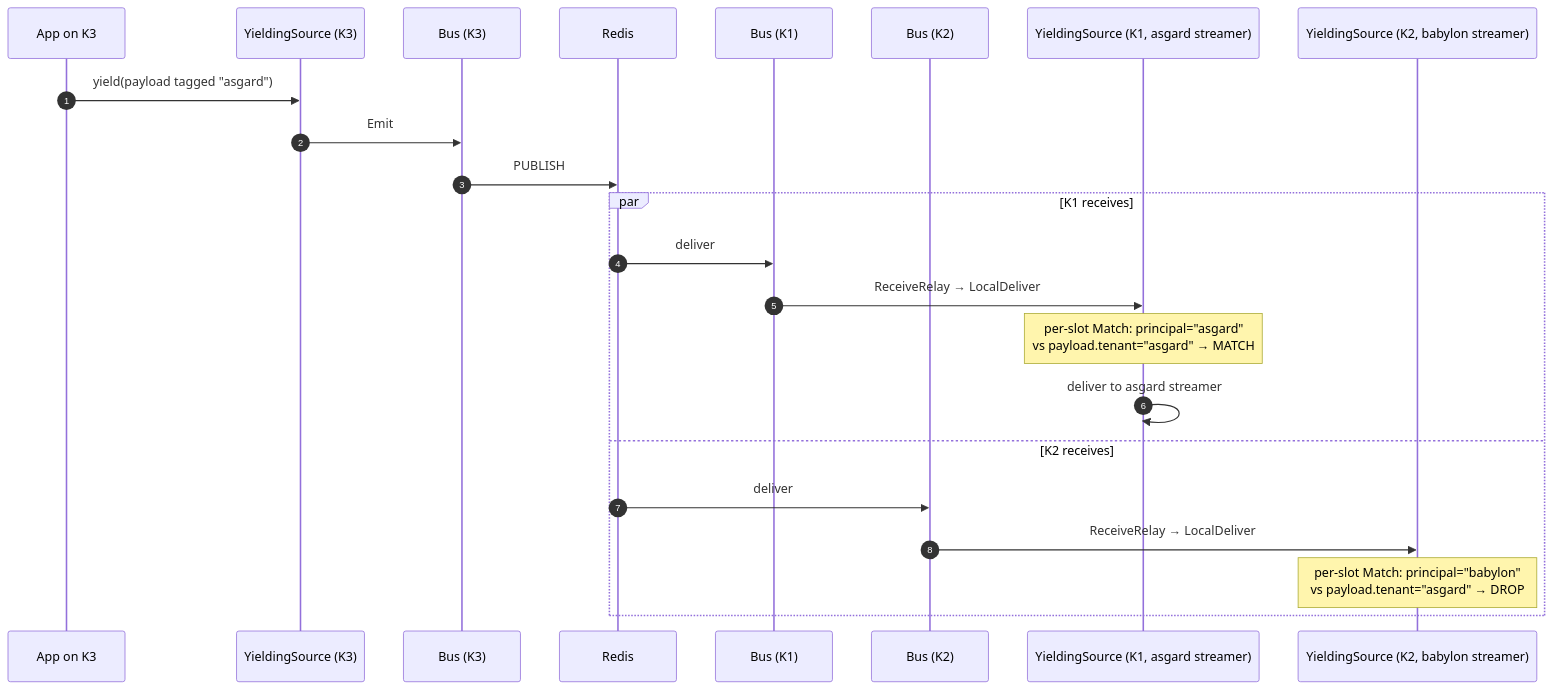
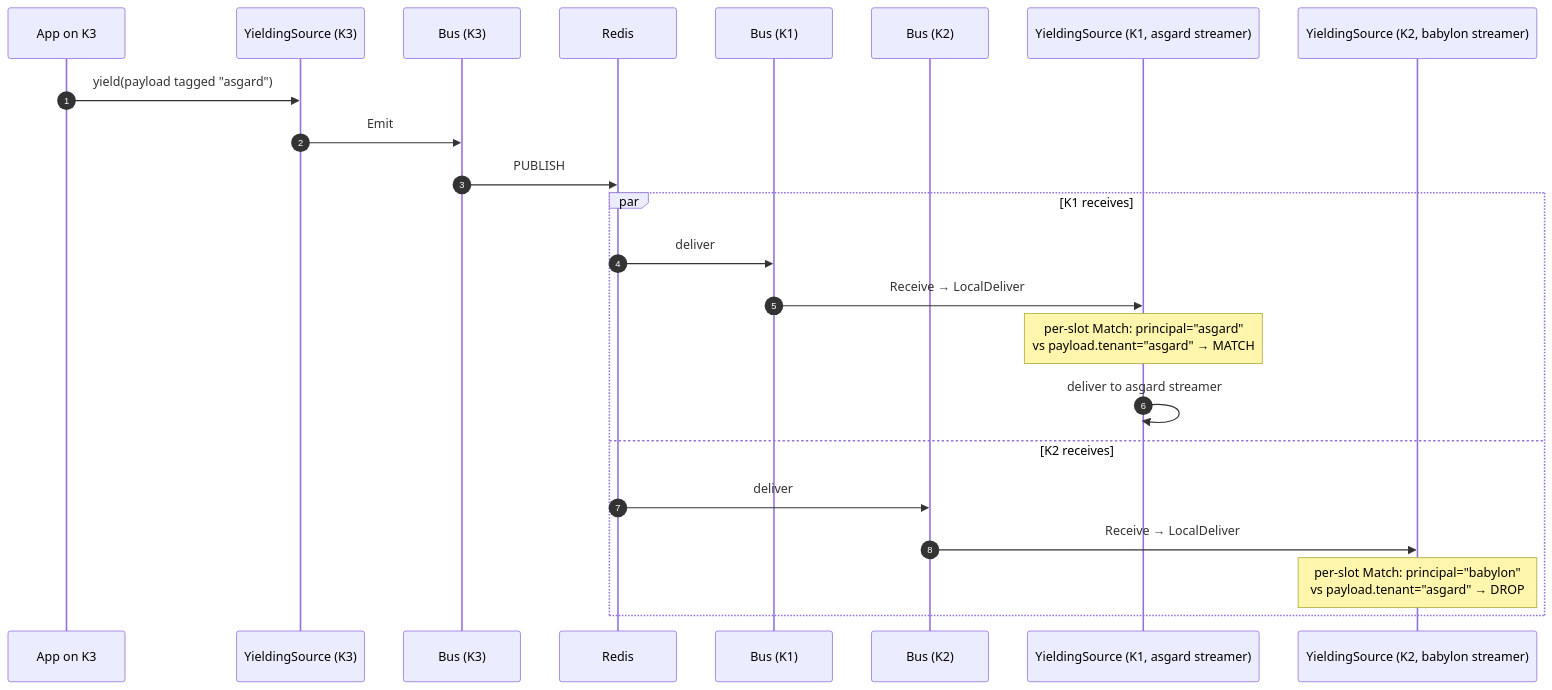
One commit to panyam/mcpkit changed diagram 20 of 22 in docs/MULTI_REPLICA.md. Above: the diagram before and after it, drawn with Mermaid. The commit also changed other lines of this file and 15 other files, not shown here.

````diff
--- a/docs/MULTI_REPLICA.md
+++ b/docs/MULTI_REPLICA.md
@@ -706,26 +706,26 @@
 ```mermaid
 sequenceDiagram
     autonumber
     participant App as App on K3
     participant Src3 as YieldingSource (K3)
     participant Bus3 as Bus (K3)
     participant Redis as Redis
     participant Bus1 as Bus (K1)
     participant Bus2 as Bus (K2)
     participant SrcA as YieldingSource (K1, asgard streamer)
     participant SrcB as YieldingSource (K2, babylon streamer)
 
     App->>Src3: yield(payload tagged "asgard")
     Src3->>Bus3: Emit
     Bus3->>Redis: PUBLISH
     par K1 receives
         Redis->>Bus1: deliver
-        Bus1->>SrcA: ReceiveRelay → LocalDeliver
+        Bus1->>SrcA: Receive → LocalDeliver
         Note over SrcA: per-slot Match: principal="asgard"<br/>vs payload.tenant="asgard" → MATCH
         SrcA->>SrcA: deliver to asgard streamer
     and K2 receives
         Redis->>Bus2: deliver
-        Bus2->>SrcB: ReceiveRelay → LocalDeliver
+        Bus2->>SrcB: Receive → LocalDeliver
         Note over SrcB: per-slot Match: principal="babylon"<br/>vs payload.tenant="asgard" → DROP
     end
 ```
````
